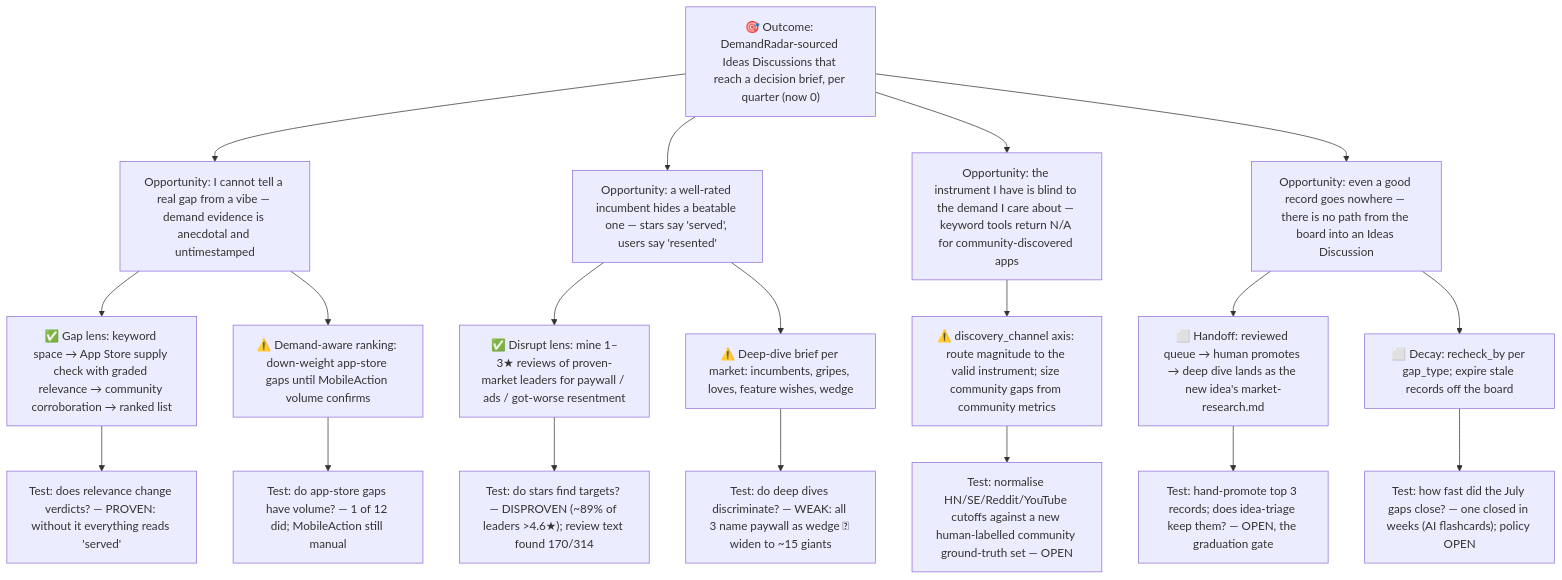
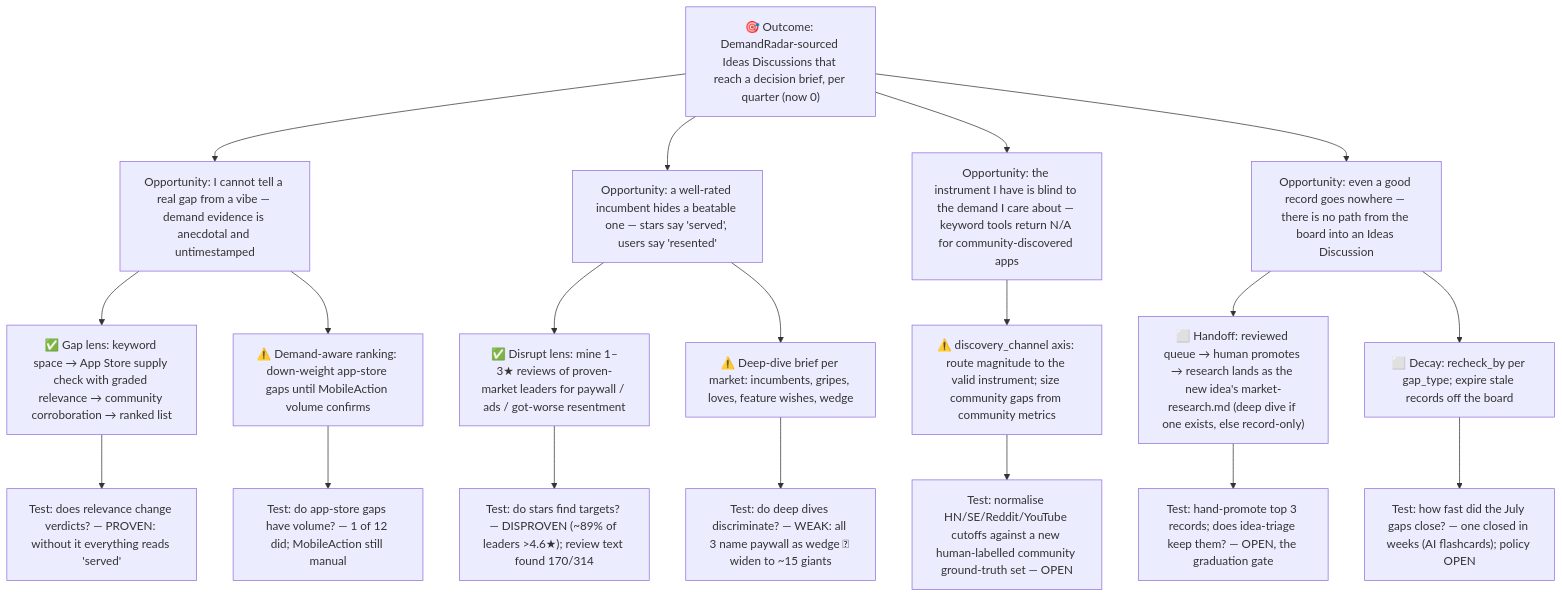
Before and after one commit to combsmith/incubator: the diagram in ideas/demand-radar/ost.md, drawn with Mermaid. The commit also changed 2 other files, not shown here.

Commit message:
fix(reviews): reflect shipped Pages dashboard, deep-dive-optional handoff, promote target identifier, community provenance, relevance fixture

````diff
--- a/ideas/demand-radar/ost.md
+++ b/ideas/demand-radar/ost.md
@@ -20,25 +20,25 @@
 ```mermaid
 flowchart TD
     O["🎯 Outcome: DemandRadar-sourced Ideas Discussions that reach a decision brief, per quarter (now 0)"]
 
     O --> OPP1["Opportunity: I cannot tell a real gap from a vibe — demand evidence is anecdotal and untimestamped"]
     O --> OPP2["Opportunity: a well-rated incumbent hides a beatable one — stars say 'served', users say 'resented'"]
     O --> OPP3["Opportunity: the instrument I have is blind to the demand I care about — keyword tools return N/A for community-discovered apps"]
     O --> OPP4["Opportunity: even a good record goes nowhere — there is no path from the board into an Ideas Discussion"]
 
     OPP1 --> S1["✅ Gap lens: keyword space → App Store supply check with graded relevance → community corroboration → ranked list"]
     OPP1 --> S2["⚠️ Demand-aware ranking: down-weight app-store gaps until MobileAction volume confirms"]
     OPP2 --> S3["✅ Disrupt lens: mine 1–3★ reviews of proven-market leaders for paywall / ads / got-worse resentment"]
     OPP2 --> S4["⚠️ Deep-dive brief per market: incumbents, gripes, loves, feature wishes, wedge"]
     OPP3 --> S5["⚠️ discovery_channel axis: route magnitude to the valid instrument; size community gaps from community metrics"]
-    OPP4 --> S6["⬜ Handoff: reviewed queue → human promotes → deep dive lands as the new idea's market-research.md"]
+    OPP4 --> S6["⬜ Handoff: reviewed queue → human promotes → research lands as the new idea's market-research.md (deep dive if one exists, else record-only)"]
     OPP4 --> S7["⬜ Decay: recheck_by per gap_type; expire stale records off the board"]
 
     S1 --> A1["Test: does relevance change verdicts? — PROVEN: without it everything reads 'served'"]
     S2 --> A2["Test: do app-store gaps have volume? — 1 of 12 did; MobileAction still manual"]
     S3 --> A3["Test: do stars find targets? — DISPROVEN (~89% of leaders >4.6★); review text found 170/314"]
     S4 --> A4["Test: do deep dives discriminate? — WEAK: all 3 name paywall as wedge #1; widen to ~15 giants"]
     S5 --> A5["Test: normalise HN/SE/Reddit/YouTube cutoffs against a new human-labelled community ground-truth set — OPEN"]
     S6 --> A6["Test: hand-promote top 3 records; does idea-triage keep them? — OPEN, the graduation gate"]
     S7 --> A7["Test: how fast did the July gaps close? — one closed in weeks (AI flashcards); policy OPEN"]
 ```
````
